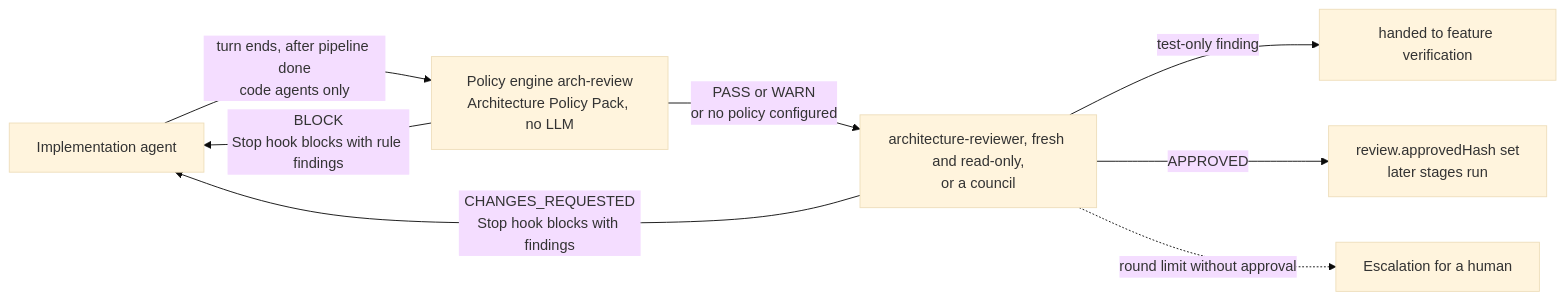
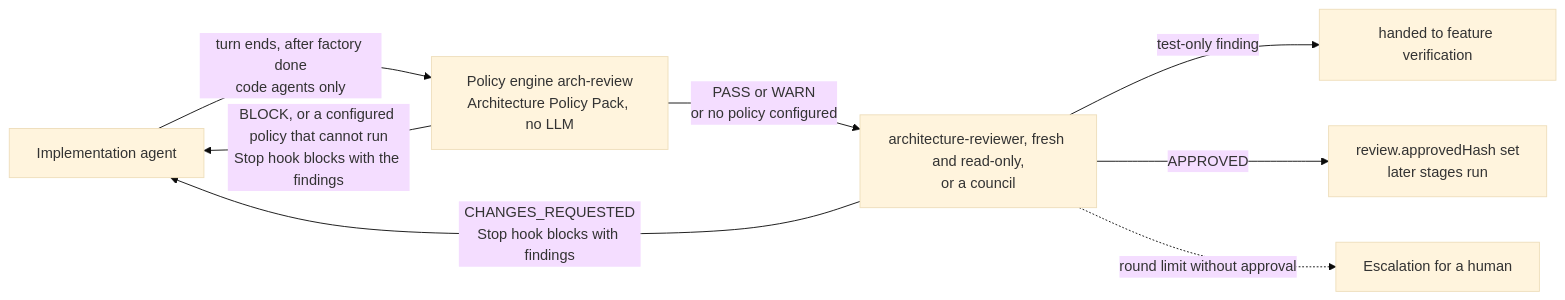
Before and after one commit to armandodollia-slalom/ai-app-factory-public: the diagram in docs/ai-pipeline/review.md, drawn with Mermaid (base theme). The commit also changed other lines of this file and 96 other files, not shown here.

````diff
--- a/docs/ai-pipeline/review.md
+++ b/docs/ai-pipeline/review.md
@@ -5,10 +5,10 @@
 ```mermaid
 flowchart LR
-  I["Implementation agent"] -->|"turn ends, after pipeline done<br/>code agents only"| G["Policy engine arch-review<br/>Architecture Policy Pack, no LLM"]
-  G -->|"BLOCK<br/>Stop hook blocks with rule findings"| I
+  I["Implementation agent"] -->|"turn ends, after factory done<br/>code agents only"| G["Policy engine arch-review<br/>Architecture Policy Pack, no LLM"]
+  G -->|"BLOCK, or a configured policy that cannot run<br/>Stop hook blocks with the findings"| I
   G -->|"PASS or WARN<br/>or no policy configured"| R["architecture-reviewer, fresh and read-only,<br/>or a council"]
   R -->|"CHANGES_REQUESTED<br/>Stop hook blocks with findings"| I
   R -->|"test-only finding"| T["handed to feature verification"]
   R -->|"APPROVED"| A["review.approvedHash set<br/>later stages run"]
   R -.->|"round limit without approval"| E["Escalation for a human"]
 ```
````
